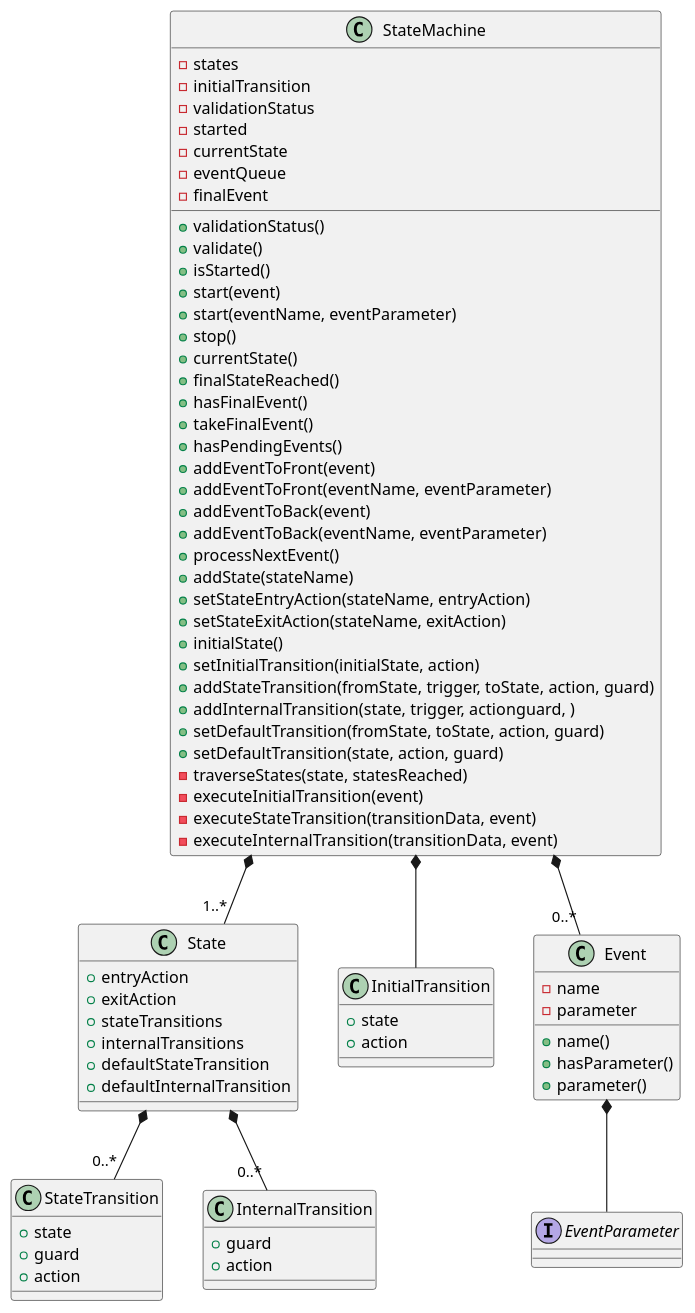
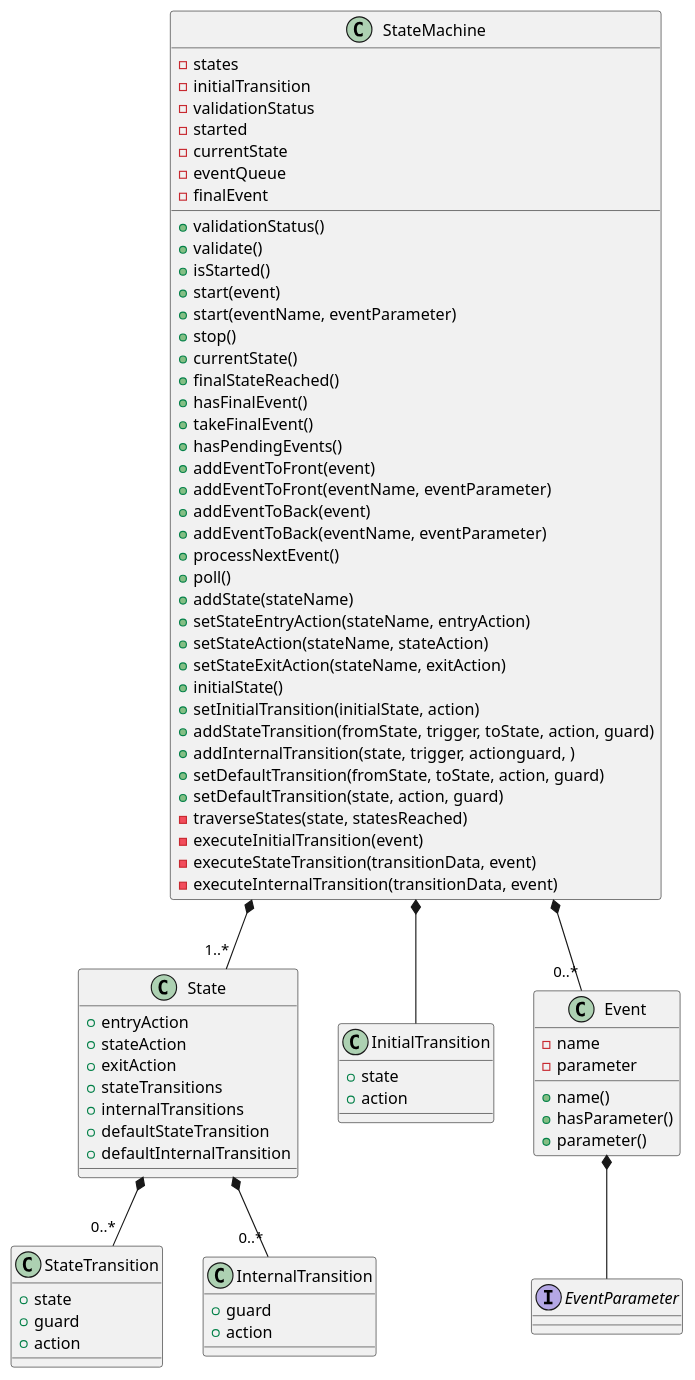
One commit to djurodrljaca/CppStateMachineFramework changed the diagram in docs/Diagrams/ClassDiagrams.plantuml. Above: the diagram before and after it, drawn with PlantUML. The commit also changed 13 other files, not shown here.

```diff
--- a/docs/Diagrams/ClassDiagrams.plantuml
+++ b/docs/Diagrams/ClassDiagrams.plantuml
@@ -1,87 +1,90 @@
 @startuml StateMachine
 StateMachine *-- "1..*" State
 StateMachine *-- InitialTransition
 StateMachine *-- "0..*" Event
 
 State *-- "0..*" StateTransition
 State *-- "0..*" InternalTransition
 
 Event *-- EventParameter
 
 class StateMachine {
     -states
     -initialTransition
     -validationStatus
     -started
     -currentState
     -eventQueue
     -finalEvent
 
     +validationStatus()
     +validate()
     +isStarted()
     +start(event)
     +start(eventName, eventParameter)
     +stop()
     +currentState()
     +finalStateReached()
     +hasFinalEvent()
     +takeFinalEvent()
     +hasPendingEvents()
     +addEventToFront(event)
     +addEventToFront(eventName, eventParameter)
     +addEventToBack(event)
     +addEventToBack(eventName, eventParameter)
     +processNextEvent()
+    +poll()
     +addState(stateName)
     +setStateEntryAction(stateName, entryAction)
+    +setStateAction(stateName, stateAction)
     +setStateExitAction(stateName, exitAction)
     +initialState()
     +setInitialTransition(initialState, action)
     +addStateTransition(fromState, trigger, toState, action, guard)
     +addInternalTransition(state, trigger, actionguard, )
     +setDefaultTransition(fromState, toState, action, guard)
     +setDefaultTransition(state, action, guard)
     -traverseStates(state, statesReached)
     -executeInitialTransition(event)
     -executeStateTransition(transitionData, event)
     -executeInternalTransition(transitionData, event)
 }
 
 class State {
     +entryAction
+    +stateAction
     +exitAction
     +stateTransitions
     +internalTransitions
     +defaultStateTransition
     +defaultInternalTransition
 }
 
 class InitialTransition {
     +state
     +action
 }
 
 class StateTransition {
     +state
     +guard
     +action
 }
 
 class InternalTransition {
     +guard
     +action
 }
 
 class Event {
     -name
     -parameter
 
     +name()
     +hasParameter()
     +parameter()
 }
 
 interface EventParameter {
 }
 @enduml
```
